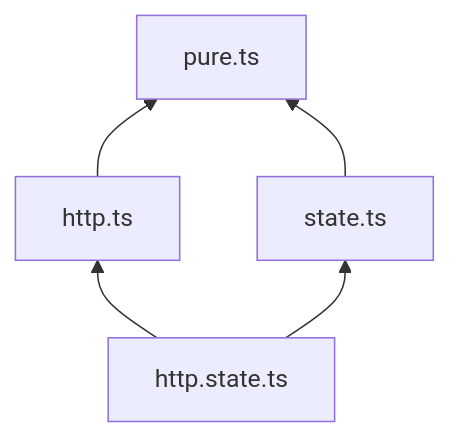
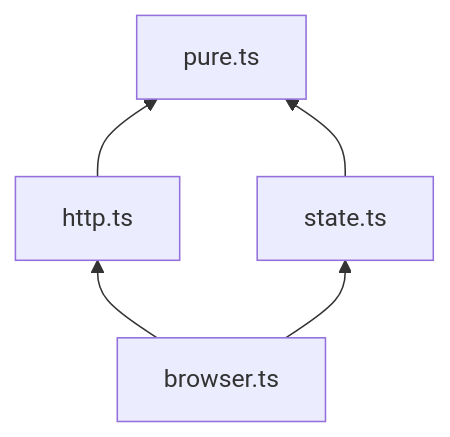
The first of 4 diagrams in README.md (muniworth/purity-seal), drawn with Mermaid before and after one commit. The commit also changed other lines of this file and 4 other files, not shown here.

````diff
--- a/README.md
+++ b/README.md
@@ -10,8 +10,7 @@
 ```mermaid
 graph BT;
 	http.ts --> pure.ts
 	state.ts --> pure.ts
-	http.state.ts --> state.ts
-	http.state.ts --> http.ts
-
+	browser.ts --> state.ts
+	browser.ts --> http.ts
 ```
````
